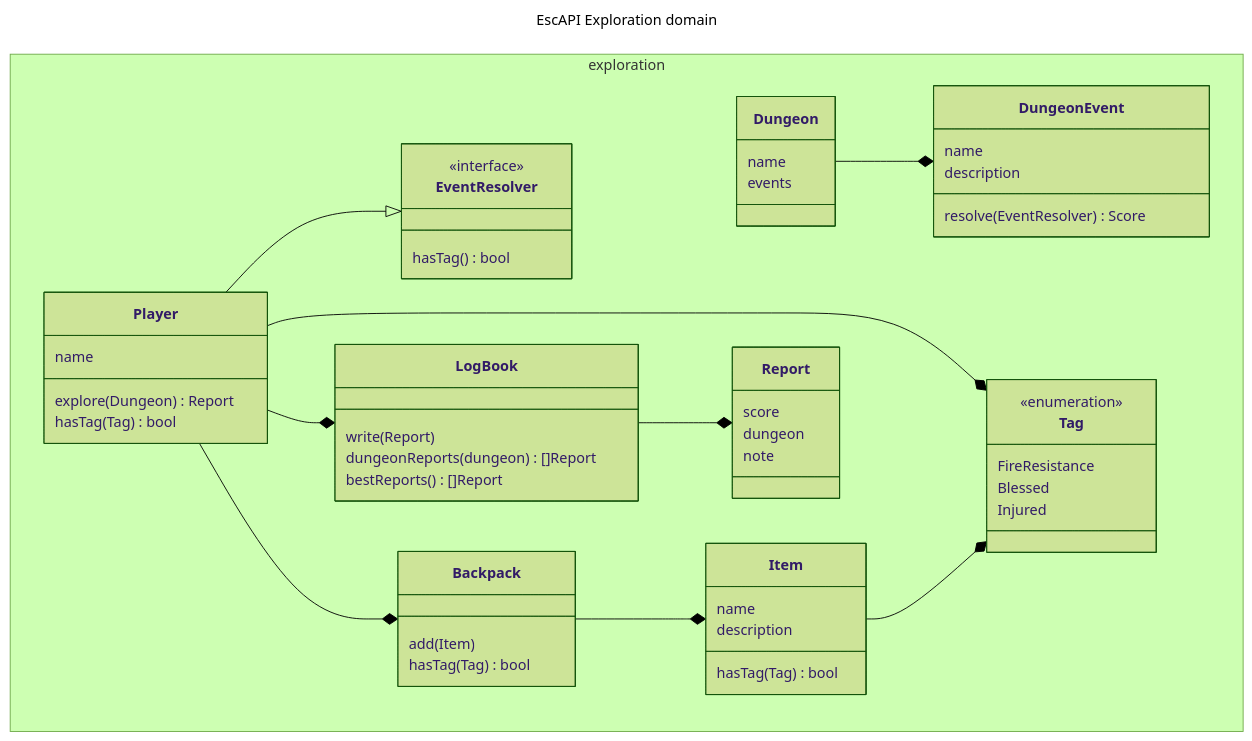
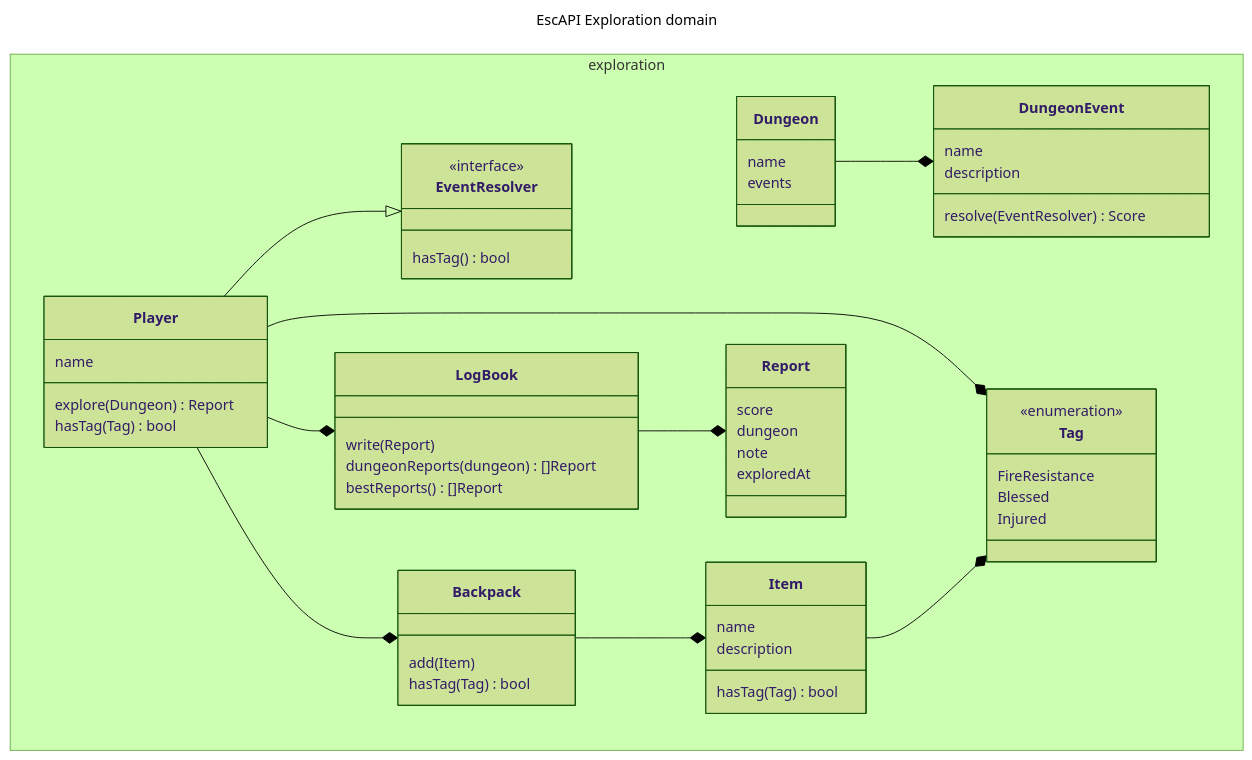
The diagram in docs/exploration-domain.mermaid (Yopadd/adventure-crawler), drawn with Mermaid (forest theme) before and after one commit. The commit also changed 7 other files, not shown here.

```diff
--- a/docs/exploration-domain.mermaid
+++ b/docs/exploration-domain.mermaid
@@ -1,68 +1,69 @@
 ---
 title: EscAPI Exploration domain
 ---
 classDiagram
   namespace exploration {
     class Dungeon {
       name
       events
     }
 
     class DungeonEvent {
       name
       description
       resolve(EventResolver) Score
     }
 
     class EventResolver {
       <<interface>>
       hasTag() bool
     }
 
     class Player {
       name
       explore(Dungeon) Report
       hasTag(Tag) bool
     }
 
     class Backpack {
       add(Item)
       hasTag(Tag) bool
     }
 
     class Item {
       name
       description
       hasTag(Tag) bool
     }
 
     class Tag {
       <<enumeration>>
       FireResistance
       Blessed
       Injured
     }
 
     class LogBook {
       write(Report)
       dungeonReports(dungeon) []Report
       bestReports() []Report
     }
 
     class Report {
       score
       dungeon
       note
+      exploredAt
     }
   }
 
 Dungeon --* DungeonEvent
 
 Player --|> EventResolver
 
 Player --* Backpack
 Player --* Tag
 Backpack --* Item
 Item --* Tag
 Player --* LogBook
 LogBook --* Report
```
